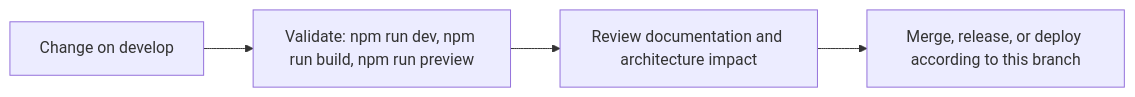
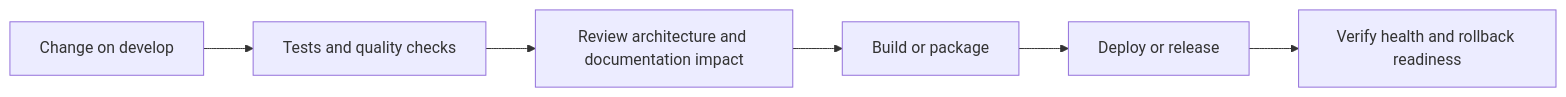
Before and after one commit to Nischhalsubba/nischhalsubba.com.np: the fourth of 5 diagrams in README.md, drawn with Mermaid. The commit also changed other lines of this file, not shown here.

````diff
--- a/README.md
+++ b/README.md
@@ -68,8 +143,8 @@
 ```mermaid
 flowchart LR
-    CHANGE["Change on develop"]
-    CHECK["Validate: npm run dev, npm run build, npm run preview"]
-    REVIEW["Review documentation and architecture impact"]
-    RELEASE["Merge, release, or deploy according to this branch"]
-    CHANGE --> CHECK --> REVIEW --> RELEASE
+    CHANGE["Change on develop"] --> CHECK["Tests and quality checks"]
+    CHECK --> REVIEW["Review architecture and documentation impact"]
+    REVIEW --> BUILD["Build or package"]
+    BUILD --> DEPLOY["Deploy or release"]
+    DEPLOY --> VERIFY["Verify health and rollback readiness"]
 ```
````
